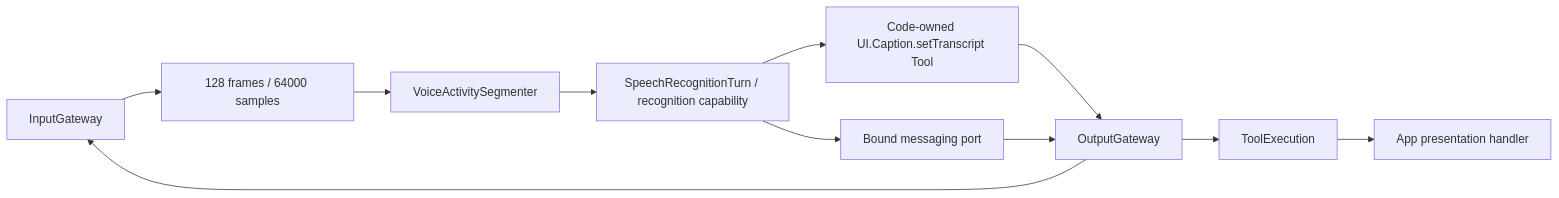
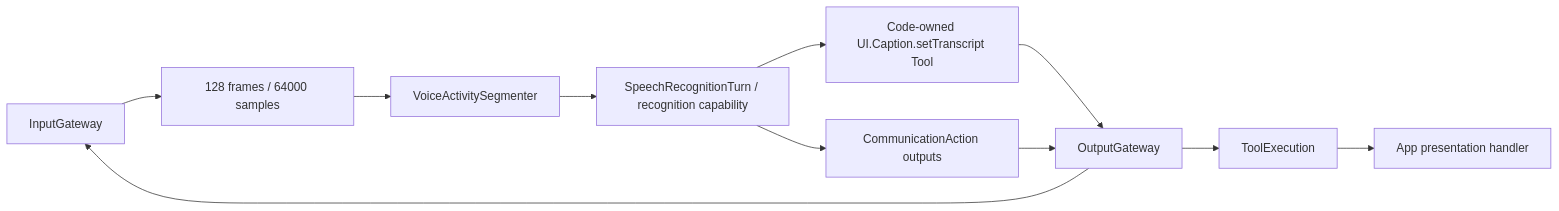
The first of 4 diagrams in MobileHarness/Agents/SpeechPerception/README.md (devilyouwei/MobileHarness), drawn with Mermaid before and after one commit. The commit also changed other lines of this file and 291 other files, not shown here.

````diff
--- a/MobileHarness/Agents/SpeechPerception/README.md
+++ b/MobileHarness/Agents/SpeechPerception/README.md
@@ -5,12 +40,12 @@
 ```mermaid
 flowchart LR
     InputGateway --> Inbox[128 frames / 64000 samples]
     Inbox --> VAD[VoiceActivitySegmenter]
     VAD --> ASR[SpeechRecognitionTurn / recognition capability]
     ASR --> Caption[Code-owned UI.Caption.setTranscript Tool]
     Caption --> OutputGateway
     OutputGateway --> ToolExecution --> UI[App presentation handler]
-    ASR --> Port[Bound messaging port]
+    ASR --> Port[CommunicationAction outputs]
     Port --> OutputGateway
     OutputGateway --> InputGateway
 ```
````
